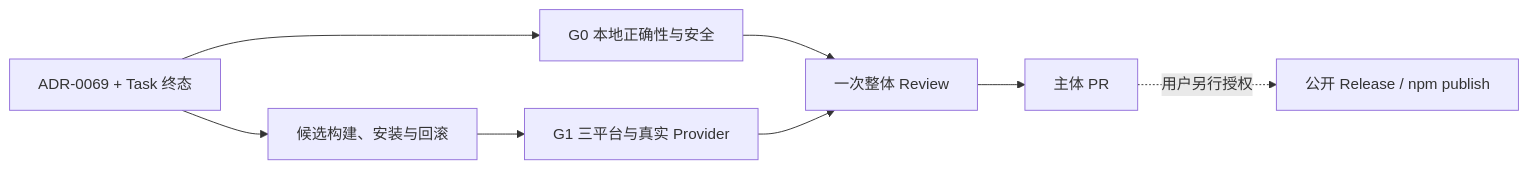
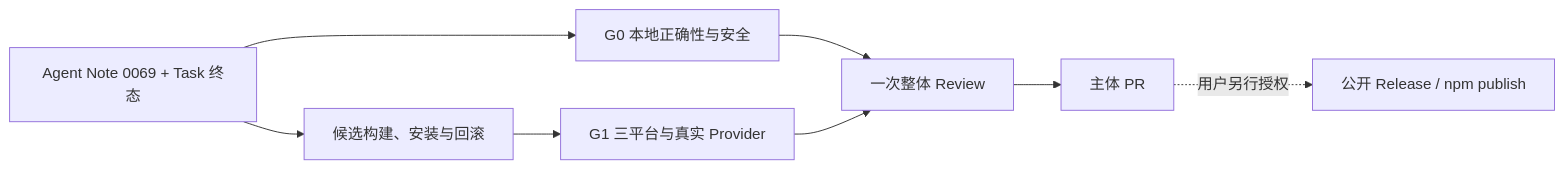
The diagram in release/oss-first-release/evidence/2026-07-29-agent-production-readiness-roadmap.md (ferqx/kite-code), drawn with Mermaid before and after one commit. The commit also changed other lines of this file and 465 other files, not shown here.

````diff
--- a/release/oss-first-release/evidence/2026-07-29-agent-production-readiness-roadmap.md
+++ b/release/oss-first-release/evidence/2026-07-29-agent-production-readiness-roadmap.md
@@ -91,10 +91,10 @@
 ```mermaid
 flowchart LR
-    Scope["ADR-0069 + Task 终态"] --> G0["G0 本地正确性与安全"]
+    Scope["Agent Note 0069 + Task 终态"] --> G0["G0 本地正确性与安全"]
     Scope --> Build["候选构建、安装与回滚"]
     Build --> G1["G1 三平台与真实 Provider"]
     G0 --> Review["一次整体 Review"]
     G1 --> Review
     Review --> PR["主体 PR"]
     PR -. "用户另行授权" .-> Release["公开 Release / npm publish"]
 ```
````
